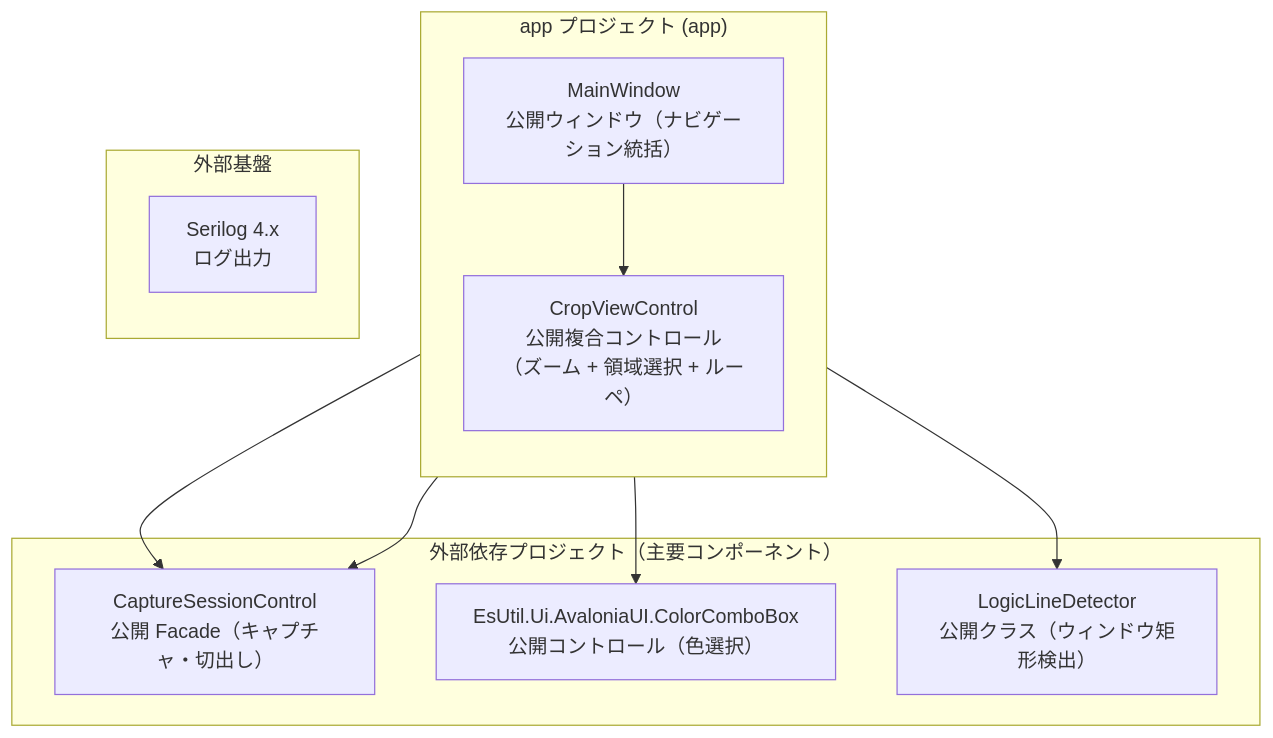
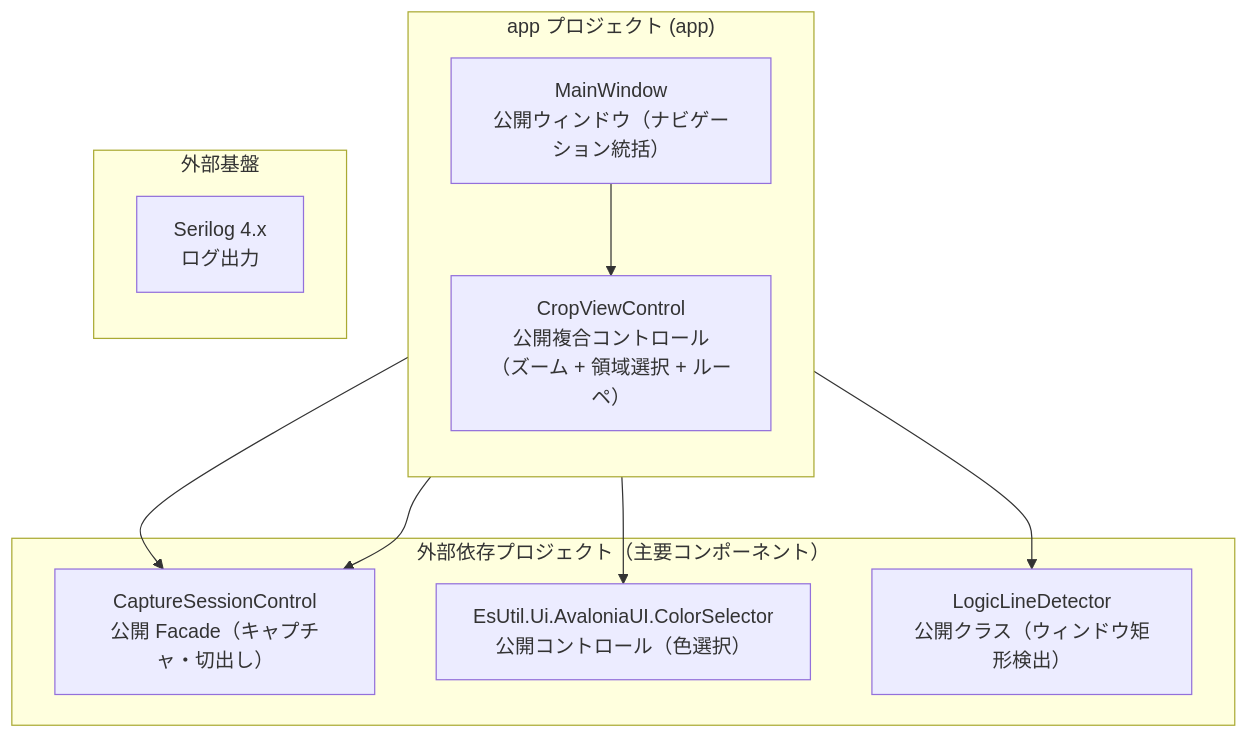
The first of 2 diagrams in src/App.AvaloniaUI/docs/SPEC_System.md (tomokuni/SaveEvidence), drawn with Mermaid before and after one commit. The commit also changed other lines of this file and 77 other files, not shown here.

````diff
--- a/src/App.AvaloniaUI/docs/SPEC_System.md
+++ b/src/App.AvaloniaUI/docs/SPEC_System.md
@@ -92,23 +92,23 @@
 ```mermaid
 flowchart TB
     subgraph APP["app プロジェクト (app)"]
         direction TB
         Main["MainWindow<br/>公開ウィンドウ（ナビゲーション統括）"]
         CV["CropViewControl<br/>公開複合コントロール<br/>（ズーム + 領域選択 + ルーペ）"]
     end
     subgraph Dep["外部依存プロジェクト（主要コンポーネント）"]
         SN["CaptureSessionControl<br/>公開 Facade（キャプチャ・切出し）"]
-        CPK["EsUtil.Ui.AvaloniaUI.ColorComboBox<br/>公開コントロール（色選択）"]
+        CPK["EsUtil.Ui.AvaloniaUI.ColorSelector<br/>公開コントロール（色選択）"]
         LD["LogicLineDetector<br/>公開クラス（ウィンドウ矩形検出）"]
     end
     subgraph Infra["外部基盤"]
         direction TB
         Serilog["Serilog 4.x<br/>ログ出力"]
     end
 
     Main --> CV
     Main --> SN
     CV --> SN
     Main --> CPK
     Main --> LD
 ```
````
